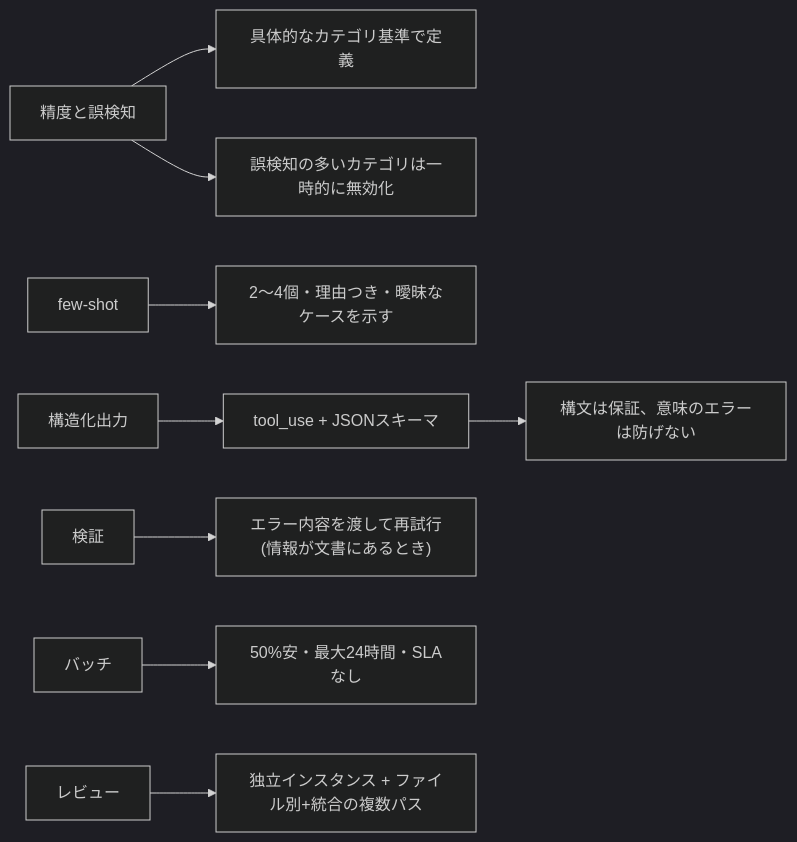
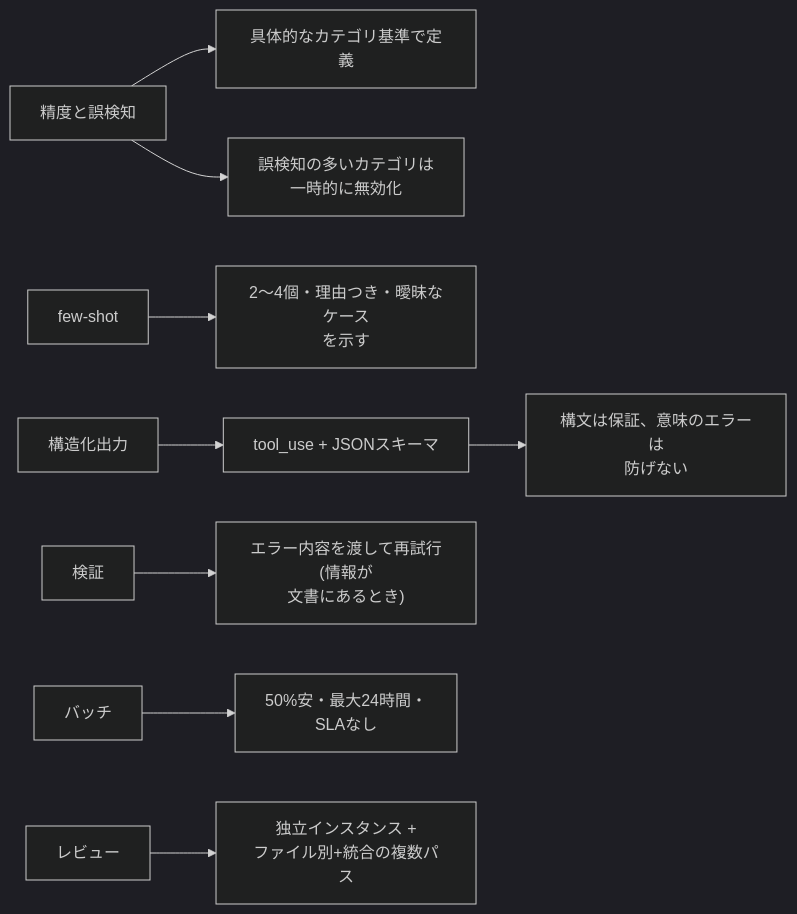
Before and after one commit to shingo0321/study: the fifth of 6 diagrams in claude/architect-foundations/overview.md, drawn with Mermaid (dark theme). The commit also changed other lines of this file and 5 other files, not shown here.

First line of the commit message:
Mermaid俯瞰図を横スクロールなしで表示できるよう調整

````diff
--- a/claude/architect-foundations/overview.md
+++ b/claude/architect-foundations/overview.md
@@ -162,11 +162,11 @@
 ```mermaid
 flowchart LR
   A["精度と誤検知"] --> A1["具体的なカテゴリ基準で定義"]
-  A --> A2["誤検知の多いカテゴリは一時的に無効化"]
-  B["few-shot"] --> B1["2〜4個・理由つき・曖昧なケースを示す"]
+  A --> A2["誤検知の多いカテゴリは<br/>一時的に無効化"]
+  B["few-shot"] --> B1["2〜4個・理由つき・曖昧なケース<br/>を示す"]
   C["構造化出力"] --> C1["tool_use + JSONスキーマ"]
-  C1 --> C2["構文は保証、意味のエラーは防げない"]
-  D["検証"] --> D1["エラー内容を渡して再試行(情報が文書にあるとき)"]
-  E["バッチ"] --> E1["50%安・最大24時間・SLAなし"]
-  F["レビュー"] --> F1["独立インスタンス + ファイル別+統合の複数パス"]
+  C1 --> C2["構文は保証、意味のエラーは<br/>防げない"]
+  D["検証"] --> D1["エラー内容を渡して再試行(情報が<br/>文書にあるとき)"]
+  E["バッチ"] --> E1["50%安・最大24時間・<br/>SLAなし"]
+  F["レビュー"] --> F1["独立インスタンス +<br/>ファイル別+統合の複数パス"]
 ```
````
